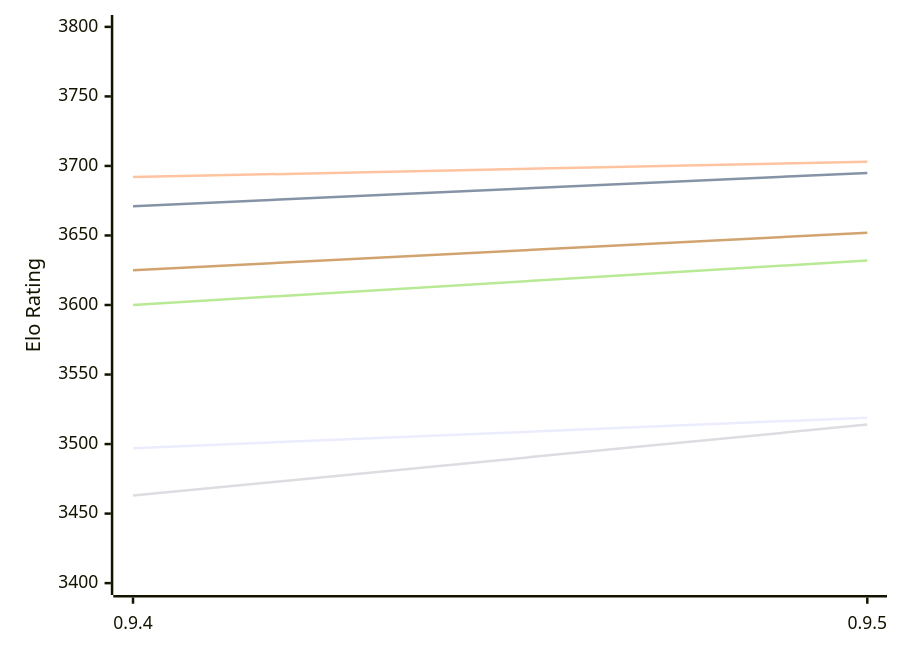
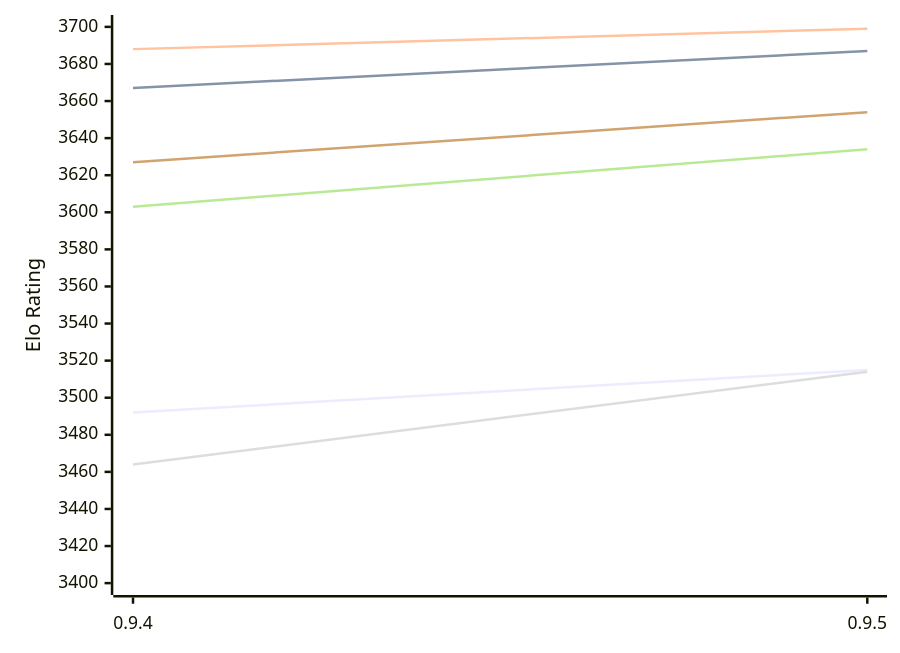
One commit to computer-chess-index/cci changed the first of 2 diagrams in engines/Coda.md. Above: the diagram before and after it, drawn with Mermaid. The commit also changed other lines of this file, not shown here.

Commit message:
Update CCI Ratings (ELO VLTC) - 2026-11-21

````diff
--- a/engines/Coda.md
+++ b/engines/Coda.md
@@ -52,12 +52,12 @@
 ```mermaid
 %%{init: {"theme":"base","themeVariables":{"seriesColors:['#a3a3a3','#222221','#faa371']}}}%%
 xychart-beta
   x-axis ["0.9.4", "0.9.5"]
-  y-axis "Elo Rating" 3400 --> 3800
-  line "E1: STC (8.0+0.08s)" [3497, 3519]
-  line "E1: LTC (60.0+0.60s)" [3671, 3695]
-  line "E1: VLTC (2m24s+1.12s)" [3692, 3703]
-  line "P1: STC (8.0+0.08s)" [3463, 3514]
-  line "P1: LTC (60.0+0.60s)" [3600, 3632]
-  line "P1: VLTC (2m24s+1.12s)" [3625, 3652]
+  y-axis "Elo Rating" 3400 --> 3700
+  line "E1: STC (8.0+0.08s)" [3492, 3515]
+  line "E1: LTC (60.0+0.60s)" [3667, 3687]
+  line "E1: VLTC (2m24s+1.12s)" [3688, 3699]
+  line "P1: STC (8.0+0.08s)" [3464, 3514]
+  line "P1: LTC (60.0+0.60s)" [3603, 3634]
+  line "P1: VLTC (2m24s+1.12s)" [3627, 3654]
 ```
````
